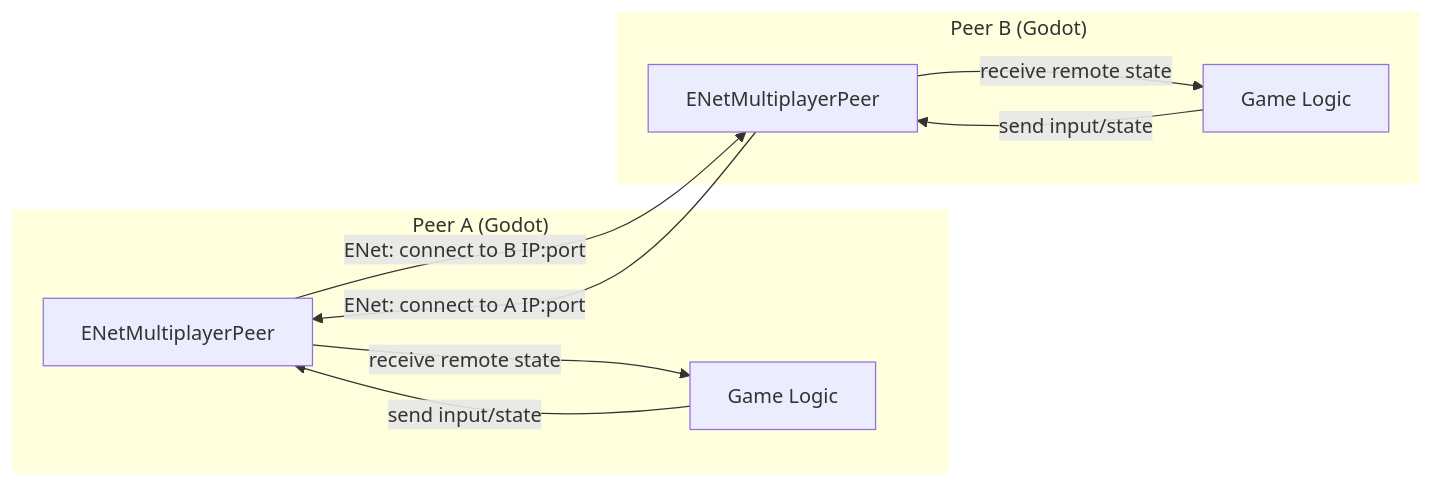
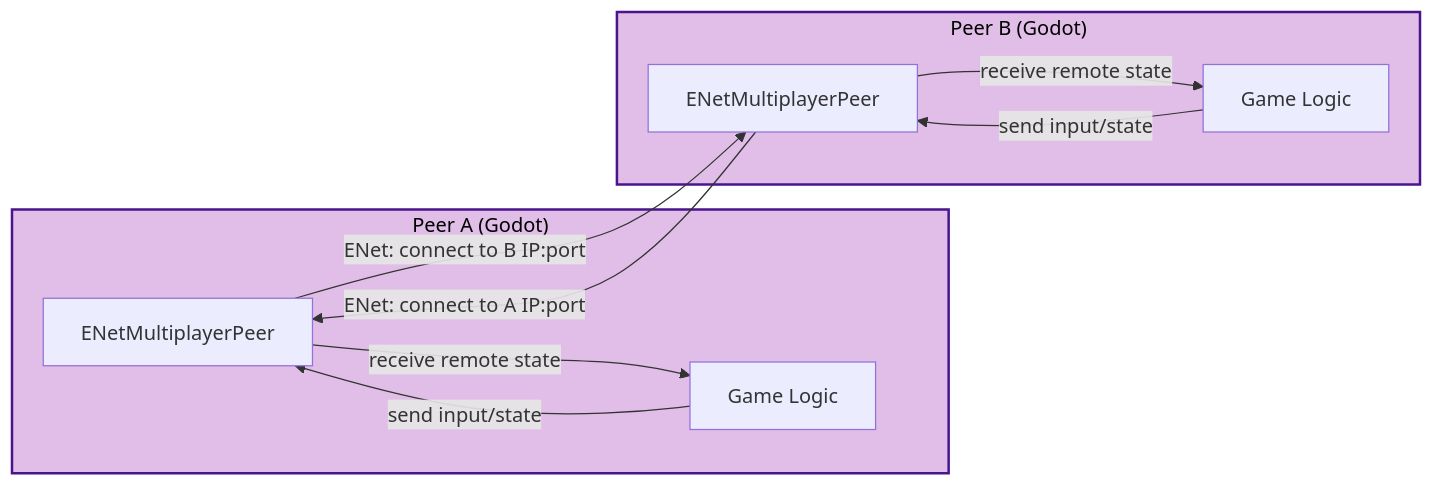
One commit to carlosnunez09/carlosnunez changed the first of 2 diagrams in content/Posts/Py&Godot.md. Above: the diagram before and after it, drawn with Mermaid. The commit also changed other lines of this file, not shown here.

```diff
--- a/content/Posts/Py&Godot.md
+++ b/content/Posts/Py&Godot.md
@@ -22,21 +23,21 @@
 <div class="mermaid">
 flowchart LR
- subgraph PeerA["Peer A (Godot)"]
+    subgraph PeerA["Peer A (Godot)"]
         A1["ENetMultiplayerPeer"]
         A2["Game Logic"]
-  end
- subgraph PeerB["Peer B (Godot)"]
+    end
+    subgraph PeerB["Peer B (Godot)"]
         B1["ENetMultiplayerPeer"]
         B2["Game Logic"]
-  end
+    end
     A1 -- ENet: connect to B IP:port --> B1
     B1 -- ENet: connect to A IP:port --> A1
     A2 -- send input/state --> A1
     B2 -- send input/state --> B1
     A1 -- receive remote state --> A2
     B1 -- receive remote state --> B2
-
-    classDef peer fill:#f9f,stroke:#333,stroke-width:1px
-    style PeerA stroke:none
-    style PeerB stroke:none
+    
+    classDef peer fill:#e1bee7,stroke:#4a148c,stroke-width:2px,color:#000
+    classDef peerDark fill:#4a148c,stroke:#e1bee7,stroke-width:2px,color:#fff
+    class PeerA,PeerB peer
 </div>
```
